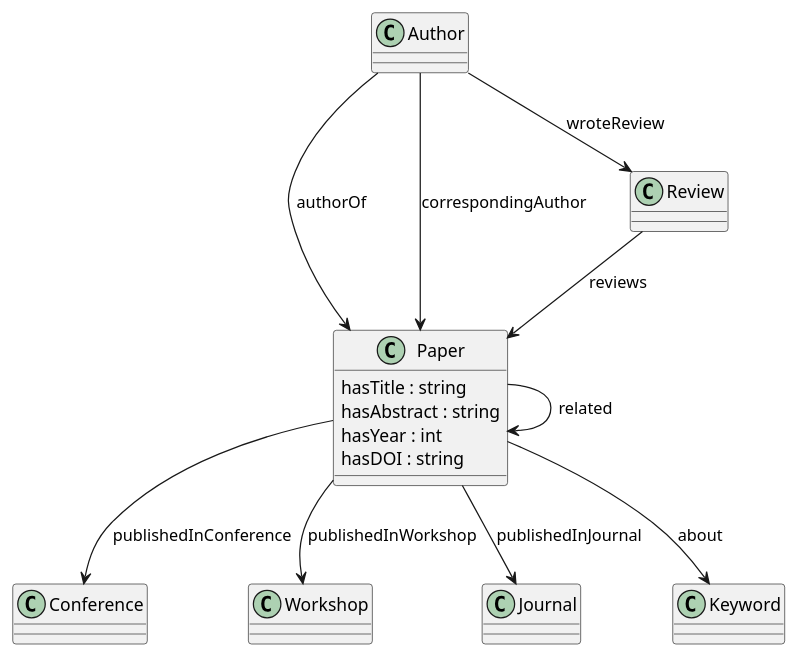
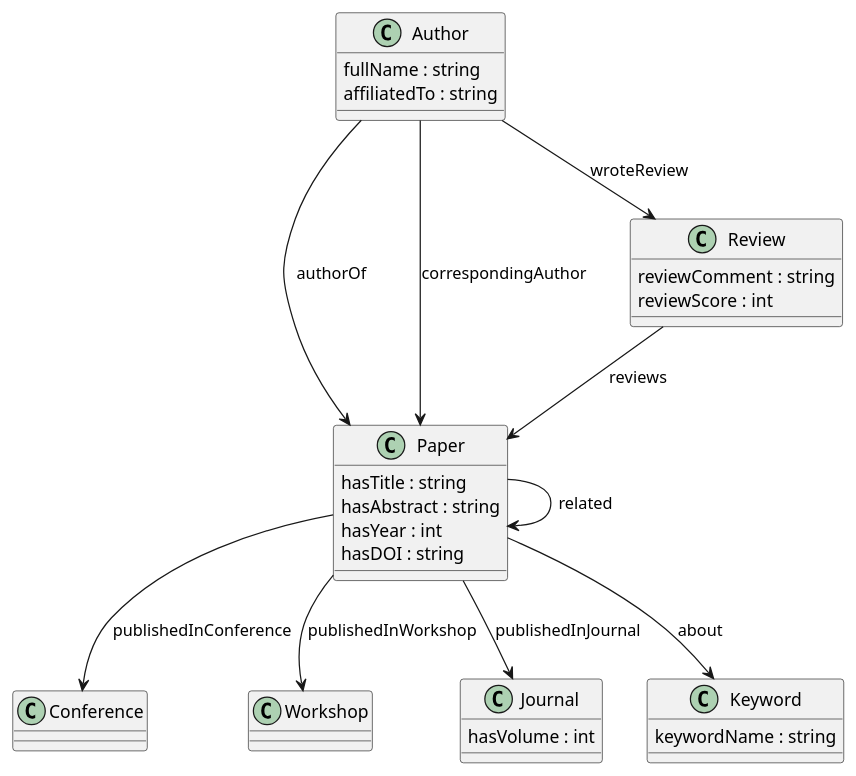
The diagram in figures/tbox_diagram.puml (saracherif123/Research-Publications-Knowledge-Graph), drawn with PlantUML before and after one commit. The commit also changed 6 other files, not shown here.

```diff
--- a/figures/tbox_diagram.puml
+++ b/figures/tbox_diagram.puml
@@ -1,30 +1,46 @@
 @startuml
 skinparam classAttributeIconSize 0
 
-' Classes
+' === Classes ===
 class Author
 class Paper
 class Conference
 class Workshop
 class Journal
 class Keyword
 class Review
 
-' Datatype Properties (as attributes on Paper)
+' === Datatype Properties ===
+
+' Author
+Author : fullName : string
+Author : affiliatedTo : string
+
+' Paper
 Paper : hasTitle : string
 Paper : hasAbstract : string
 Paper : hasYear : int
 Paper : hasDOI : string
 
-' Object Properties (as associations)
+' Keyword
+Keyword : keywordName : string
+
+' Journal
+Journal : hasVolume : int
+
+' Review
+Review : reviewComment : string
+Review : reviewScore : int
+
+' === Object Properties ===
 Author --> Paper : authorOf
 Author --> Paper : correspondingAuthor
 Author --> Review : wroteReview
 Paper --> Keyword : about
 Paper --> Paper : related
 Paper --> Conference : publishedInConference
 Paper --> Workshop : publishedInWorkshop
 Paper --> Journal : publishedInJournal
 Review --> Paper : reviews
 
 @enduml
```
